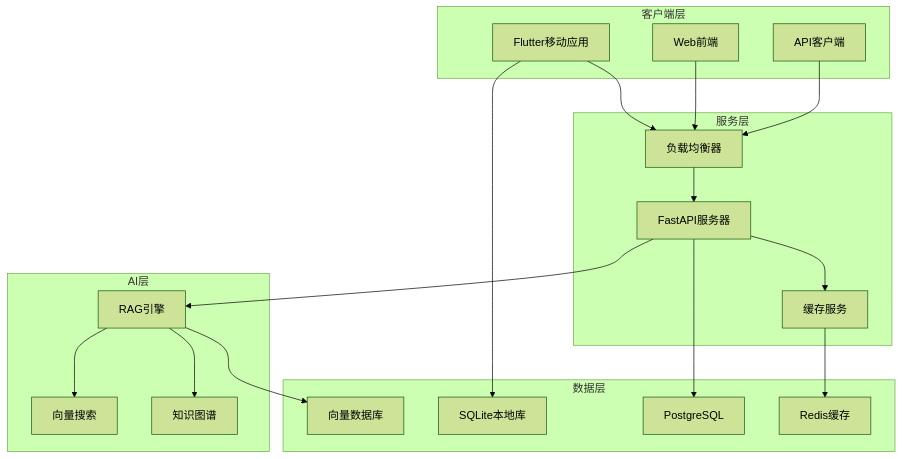
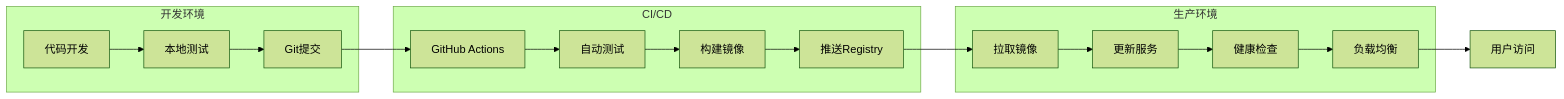
One commit to lory7c/yigua changed the ninth of 10 diagrams in README.md. Above: the diagram before and after it, drawn with Mermaid (forest theme). The commit also changed other lines of this file, not shown here.

````diff
--- a/README.md
+++ b/README.md
@@ -26,40 +588,23 @@
 ```mermaid
-graph TB
-    subgraph "客户端层"
-        A[Flutter移动应用]
-        B[Web前端]
-        C[API客户端]
+flowchart LR
+    subgraph "开发环境"
+        A[代码开发] --> B[本地测试]
+        B --> C[Git提交]
     end
     
-    subgraph "服务层"
-        D[FastAPI服务器]
-        E[负载均衡器]
-        F[缓存服务]
+    subgraph "CI/CD"
+        C --> D[GitHub Actions]
+        D --> E[自动测试]
+        E --> F[构建镜像]
+        F --> G[推送Registry]
     end
     
-    subgraph "数据层"
-        G[PostgreSQL]
-        H[Redis缓存]
-        I[向量数据库]
-        J[SQLite本地库]
+    subgraph "生产环境"
+        G --> H[拉取镜像]
+        H --> I[更新服务]
+        I --> J[健康检查]
+        J --> K[负载均衡]
     end
     
-    subgraph "AI层"
-        K[RAG引擎]
-        L[知识图谱]
-        M[向量搜索]
-    end
-    
-    A --> E
-    B --> E
-    C --> E
-    E --> D
-    D --> F
-    F --> H
-    D --> G
-    D --> K
-    K --> I
-    K --> L
-    K --> M
-    A --> J
+    K --> L[用户访问]
 ```
````
